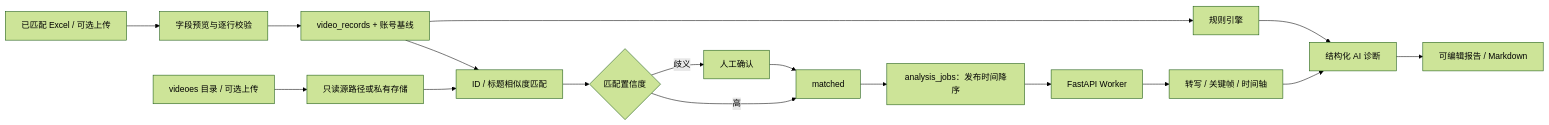
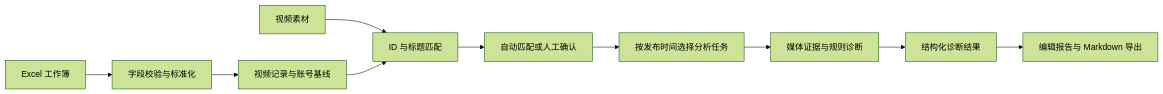
One commit to SherlockMF/wechat-channels-ai-assistant changed the diagram in docs/TECHNICAL_PLAN.md. Above: the diagram before and after it, drawn with Mermaid (forest theme). The commit also changed other lines of this file and 9 other files, not shown here.

````diff
--- a/docs/TECHNICAL_PLAN.md
+++ b/docs/TECHNICAL_PLAN.md
@@ -24,19 +18,12 @@
 ```mermaid
 flowchart LR
-  A["已匹配 Excel / 可选上传"] --> B["字段预览与逐行校验"]
-  B --> C["video_records + 账号基线"]
-  D["videoes 目录 / 可选上传"] --> E["只读源路径或私有存储"]
-  C --> F["ID / 标题相似度匹配"]
-  E --> F
-  F --> G{"匹配置信度"}
-  G -->|高| H["matched"]
-  G -->|歧义| I["人工确认"]
-  I --> H
-  H --> J["analysis_jobs：发布时间降序"]
-  J --> K["FastAPI Worker"]
-  K --> L["转写 / 关键帧 / 时间轴"]
-  C --> M["规则引擎"]
-  L --> N["结构化 AI 诊断"]
-  M --> N
-  N --> O["可编辑报告 / Markdown"]
+  A[Excel 工作簿] --> B[字段校验与标准化]
+  B --> C[视频记录与账号基线]
+  D[视频素材] --> E[ID 与标题匹配]
+  C --> E
+  E --> F[自动匹配或人工确认]
+  F --> G[按发布时间选择分析任务]
+  G --> H[媒体证据与规则诊断]
+  H --> I[结构化诊断结果]
+  I --> J[编辑报告与 Markdown 导出]
 ```
````
